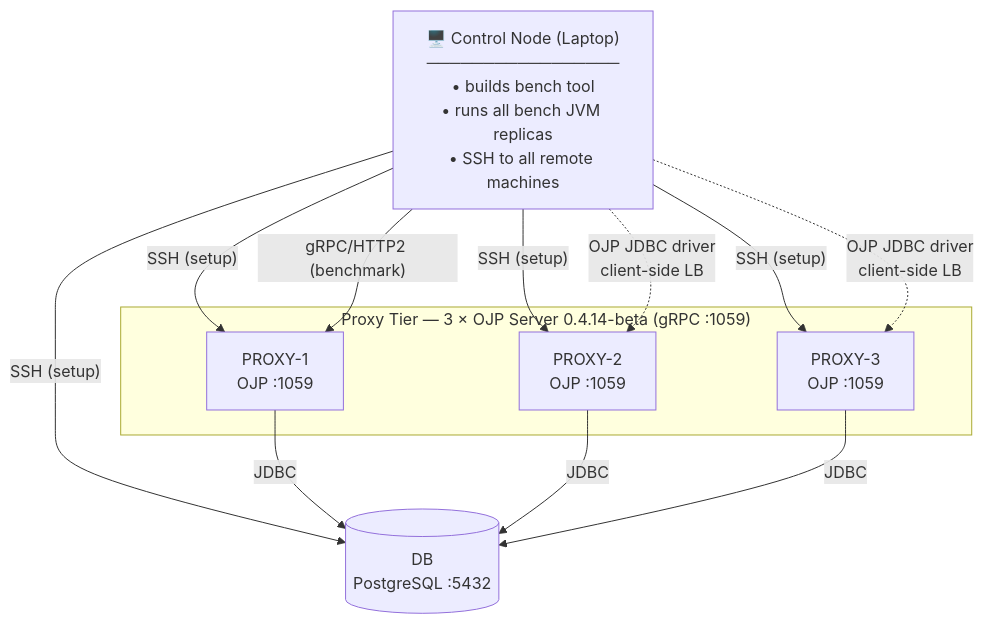
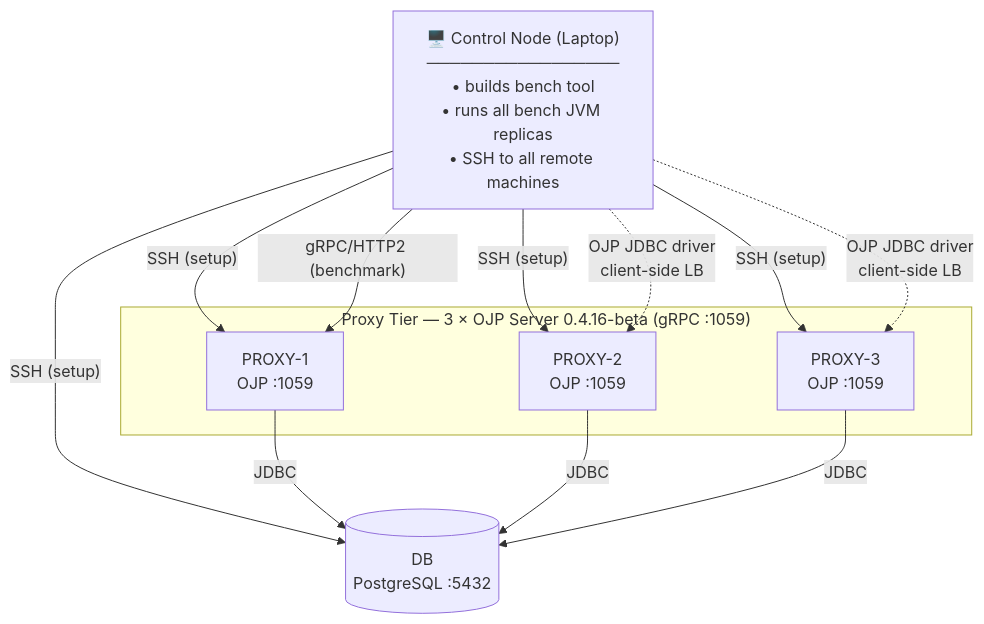
One commit to rrobetti/stressar changed the diagram in docs/DEPLOYMENT_GUIDE.md. Above: the diagram before and after it, drawn with Mermaid. The commit also changed other lines of this file and 6 other files, not shown here.

First line of the commit message:
chore: bump OJP references to 0.4.16-beta

````diff
--- a/docs/DEPLOYMENT_GUIDE.md
+++ b/docs/DEPLOYMENT_GUIDE.md
@@ -37,25 +37,25 @@
 ```mermaid
 graph TD
     CTRL["🖥️ Control Node (Laptop)\n─────────────────\n• builds bench tool\n• runs all bench JVM replicas\n• SSH to all remote machines"]
 
-    subgraph PROXY_TIER ["Proxy Tier — 3 × OJP Server 0.4.14-beta (gRPC :1059)"]
+    subgraph PROXY_TIER ["Proxy Tier — 3 × OJP Server 0.4.16-beta (gRPC :1059)"]
         P1["PROXY-1\nOJP :1059"]
         P2["PROXY-2\nOJP :1059"]
         P3["PROXY-3\nOJP :1059"]
     end
 
     DB[("DB\nPostgreSQL :5432")]
 
     CTRL -- "SSH (setup)" --> P1
     CTRL -- "SSH (setup)" --> P2
     CTRL -- "SSH (setup)" --> P3
     CTRL -- "SSH (setup)" --> DB
 
     CTRL -- "gRPC/HTTP2 (benchmark)" --> P1
     CTRL -. "OJP JDBC driver\nclient-side LB" .-> P2
     CTRL -. "OJP JDBC driver\nclient-side LB" .-> P3
 
     P1 -- "JDBC" --> DB
     P2 -- "JDBC" --> DB
     P3 -- "JDBC" --> DB
 ```
````
